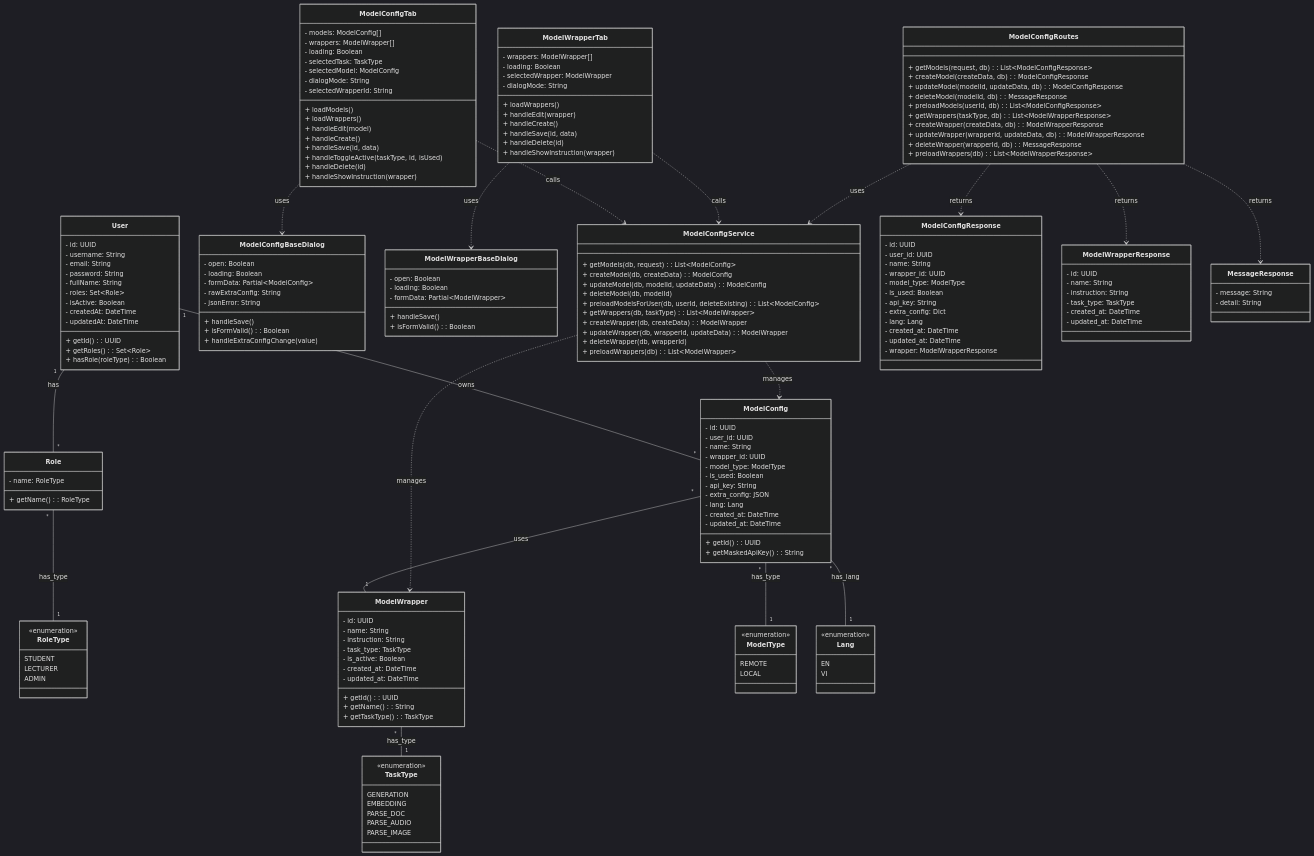
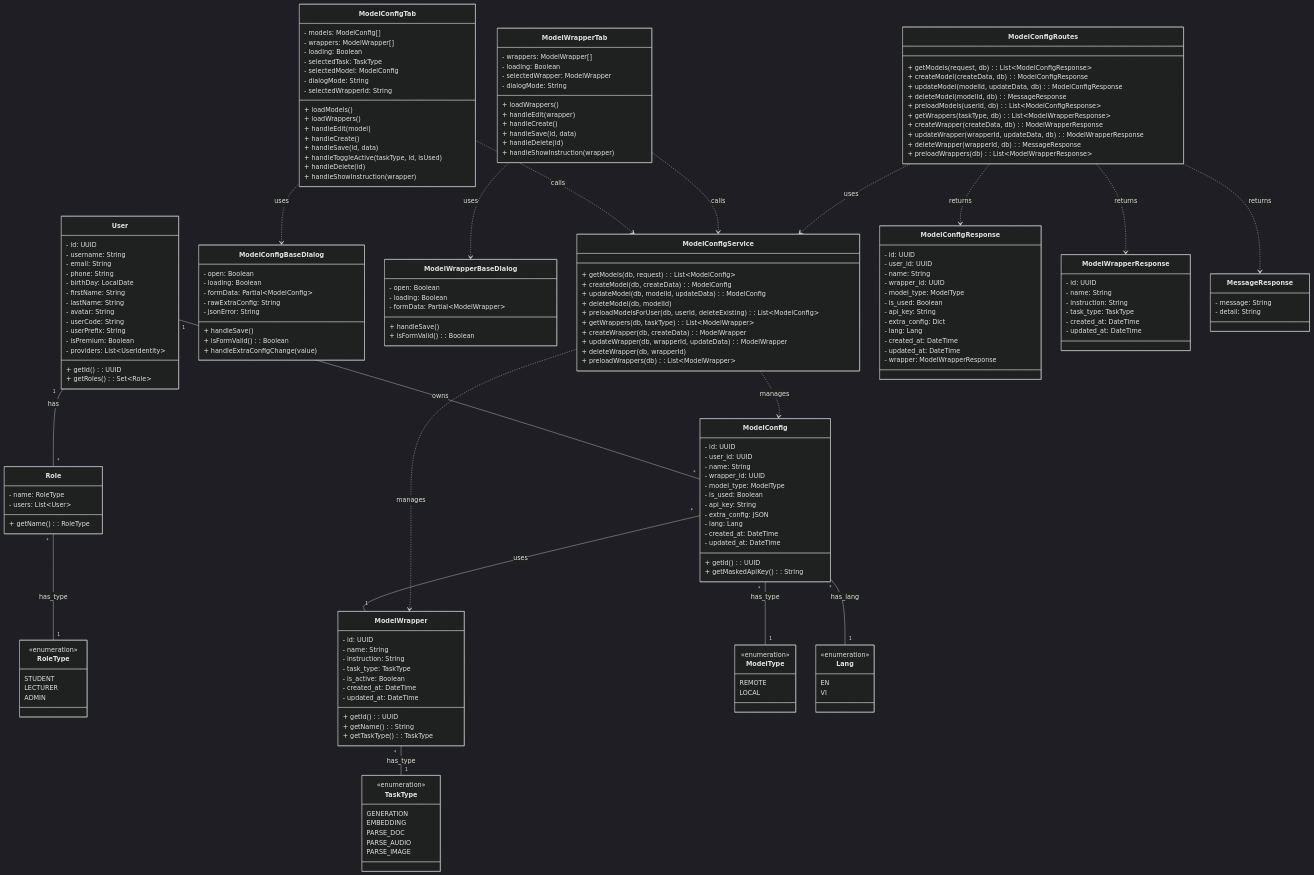
The diagram in model_config/3_model_config_cs_diagram.md (mduc-2610/gp_doc), drawn with Mermaid (dark theme) before and after one commit. The commit also changed 20 other files, not shown here.

```diff
--- a/model_config/3_model_config_cs_diagram.md
+++ b/model_config/3_model_config_cs_diagram.md
@@ -6,19 +6,22 @@
         - id: UUID
         - username: String
         - email: String
-        - password: String
-        - fullName: String
-        - roles: Set~Role~
-        - isActive: Boolean
-        - createdAt: DateTime
-        - updatedAt: DateTime
+        - phone: String
+        - birthDay: LocalDate
+        - firstName: String
+        - lastName: String
+        - avatar: String
+        - userCode: String
+        - userPrefix: String
+        - isPremium: Boolean
+        - providers: List~UserIdentity~
         + getId(): UUID
         + getRoles(): Set~Role~
-        + hasRole(roleType): Boolean
     }
 
     class Role {
         - name: RoleType
+        - users: List~User~
         + getName(): RoleType
     }
 
```
